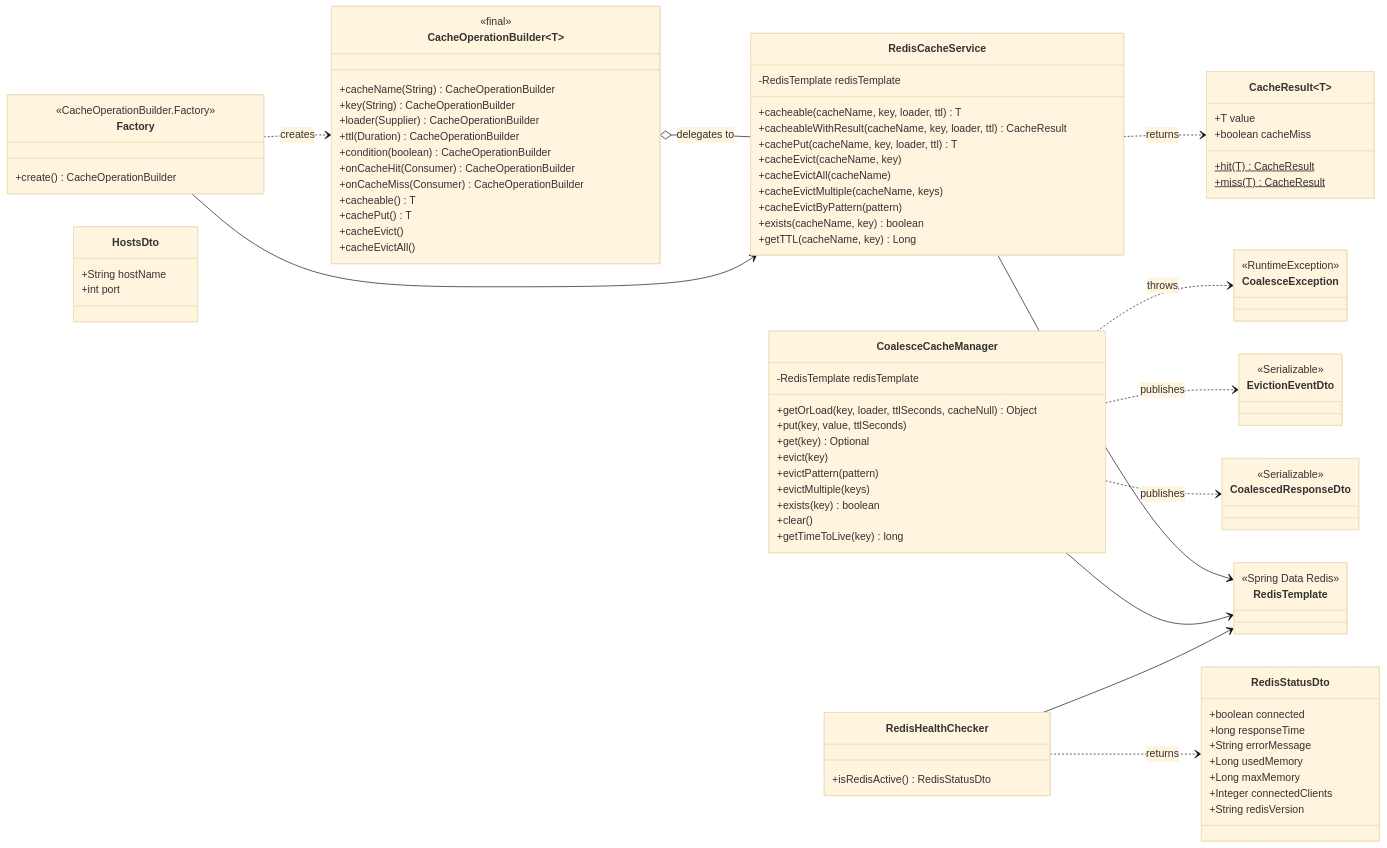
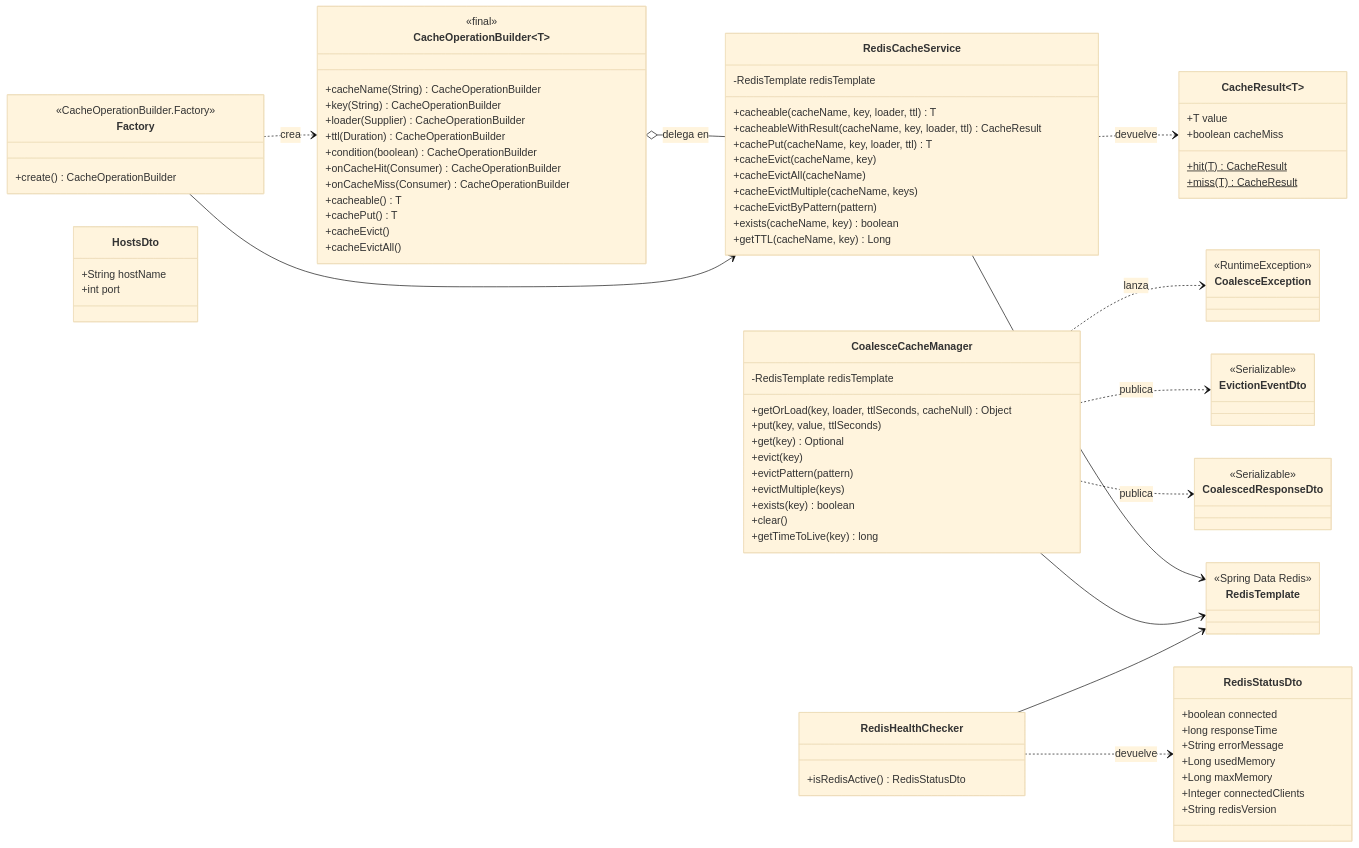
The third of 9 diagrams in sbj-util-redis-lib/README.md (programming0026/sbj-util-redis-annotation), drawn with Mermaid (base theme) before and after one commit. The commit also changed other lines of this file and 64 other files, not shown here.

````diff
--- a/sbj-util-redis-lib/README.md
+++ b/sbj-util-redis-lib/README.md
@@ -1053,15 +1053,15 @@
         <<Spring Data Redis>>
     }
 
-    CacheOperationBuilder o-- RedisCacheService : delegates to
-    Factory ..> CacheOperationBuilder : creates
+    CacheOperationBuilder o-- RedisCacheService : delega en
+    Factory ..> CacheOperationBuilder : crea
     Factory --> RedisCacheService
     RedisCacheService --> RedisTemplate
-    RedisCacheService ..> CacheResult : returns
+    RedisCacheService ..> CacheResult : devuelve
     CoalesceCacheManager --> RedisTemplate
-    CoalesceCacheManager ..> CoalescedResponseDto : publishes
-    CoalesceCacheManager ..> EvictionEventDto : publishes
-    CoalesceCacheManager ..> CoalesceException : throws
+    CoalesceCacheManager ..> CoalescedResponseDto : publica
+    CoalesceCacheManager ..> EvictionEventDto : publica
+    CoalesceCacheManager ..> CoalesceException : lanza
     RedisHealthChecker --> RedisTemplate
-    RedisHealthChecker ..> RedisStatusDto : returns
+    RedisHealthChecker ..> RedisStatusDto : devuelve
 ```
````
